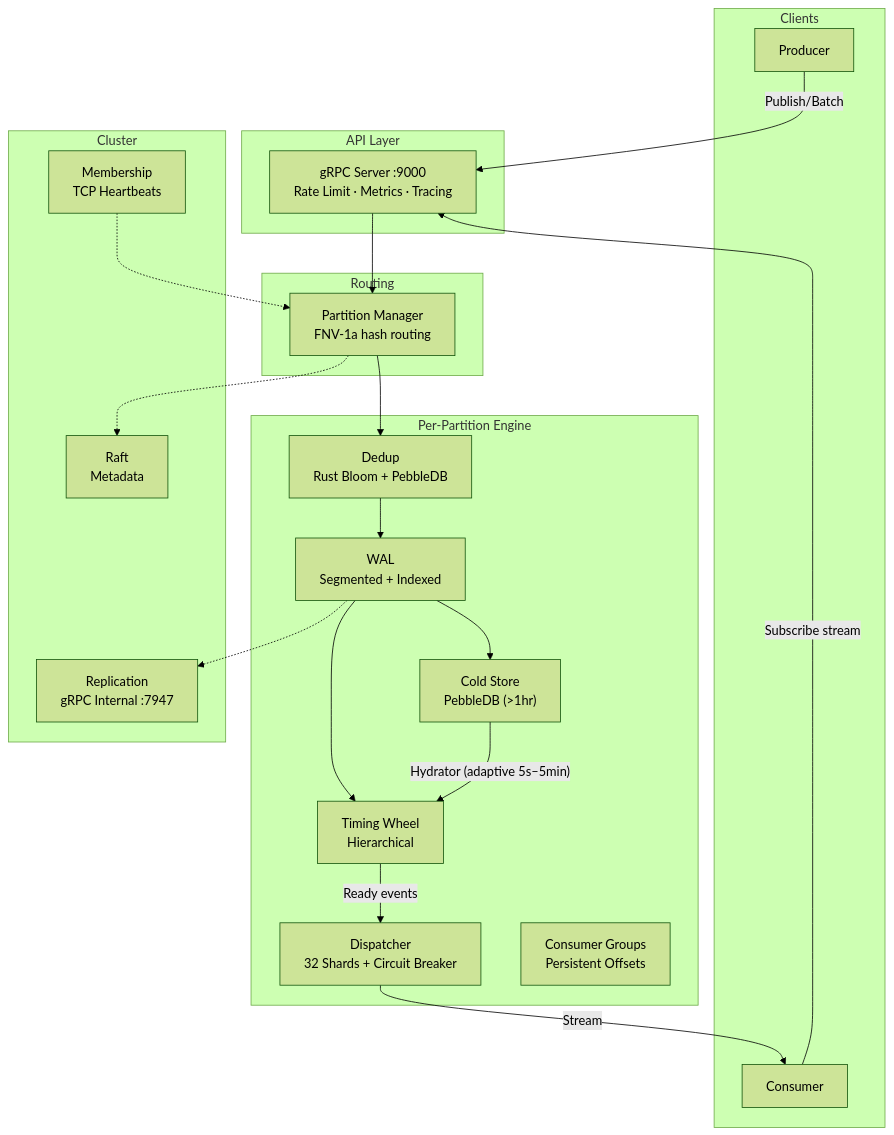
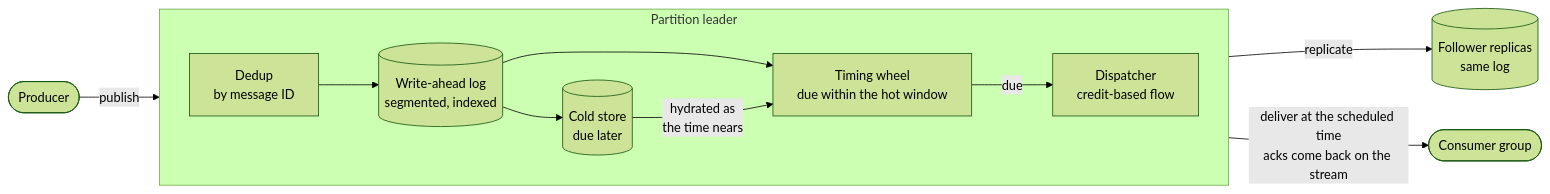
The first of 2 diagrams in README.md (jatin711-debug/cronos_db_golang), drawn with Mermaid (forest theme) before and after one commit. The commit also changed other lines of this file and 31 other files, not shown here.

````diff
--- a/README.md
+++ b/README.md
@@ -82,40 +93,16 @@
 ```mermaid
-graph TB
-    subgraph Clients
-        C1[Producer]
-        C2[Consumer]
+flowchart LR
+    P([Producer]) -->|"publish"| D
+
+    subgraph L["Partition leader"]
+        direction LR
+        D["Dedup<br/>by message ID"] --> W[("Write-ahead log<br/>segmented, indexed")]
+        W --> T["Timing wheel<br/>due within the hot window"]
+        W --> C[("Cold store<br/>due later")]
+        C -->|"hydrated as<br/>the time nears"| T
+        T -->|"due"| X["Dispatcher<br/>credit-based flow"]
     end
 
-    subgraph "API Layer"
-        GW["gRPC Server :9000<br/>Rate Limit · Metrics · Tracing"]
-    end
-
-    subgraph "Routing"
-        PM["Partition Manager<br/>FNV-1a hash routing"]
-    end
-
-    subgraph "Per-Partition Engine"
-        WAL["WAL<br/>Segmented + Indexed"]
-        CS["Cold Store<br/>PebbleDB (>1hr)"]
-        SCH["Timing Wheel<br/>Hierarchical"]
-        DD["Dedup<br/>Rust Bloom + PebbleDB"]
-        DSP["Dispatcher<br/>32 Shards + Circuit Breaker"]
-        CG["Consumer Groups<br/>Persistent Offsets"]
-    end
-
-    subgraph "Cluster"
-        RAFT["Raft<br/>Metadata"]
-        GOSSIP["Membership<br/>TCP Heartbeats"]
-        REPL["Replication<br/>gRPC Internal :7947"]
-    end
-
-    C1 -->|"Publish/Batch"| GW
-    C2 -->|"Subscribe stream"| GW
-    GW --> PM --> DD --> WAL --> SCH
-    WAL --> CS
-    CS -->|"Hydrator (adaptive 5s–5min)"| SCH
-    SCH -->|"Ready events"| DSP -->|"Stream"| C2
-    WAL -.-> REPL
-    PM -.-> RAFT
-    GOSSIP -.-> PM
+    W -->|"replicate"| F[("Follower replicas<br/>same log")]
+    X -->|"deliver at the scheduled time<br/>acks come back on the stream"| G([Consumer group])
 ```
````
